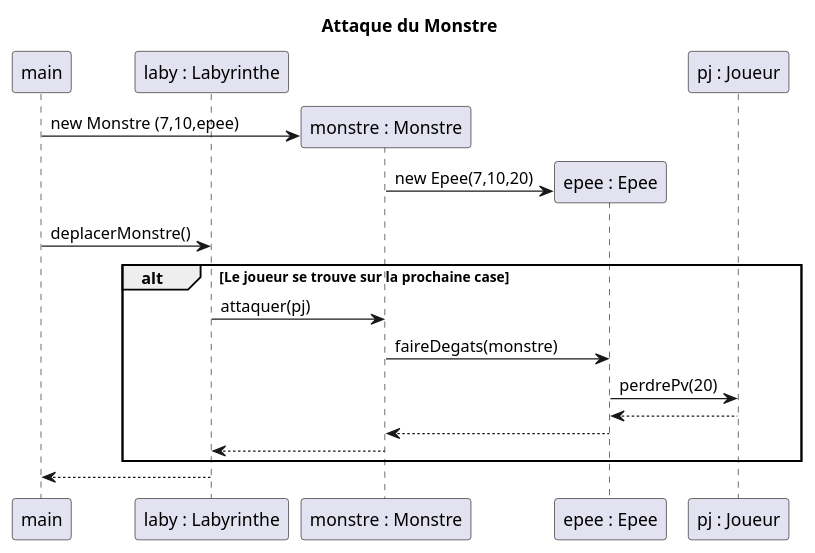
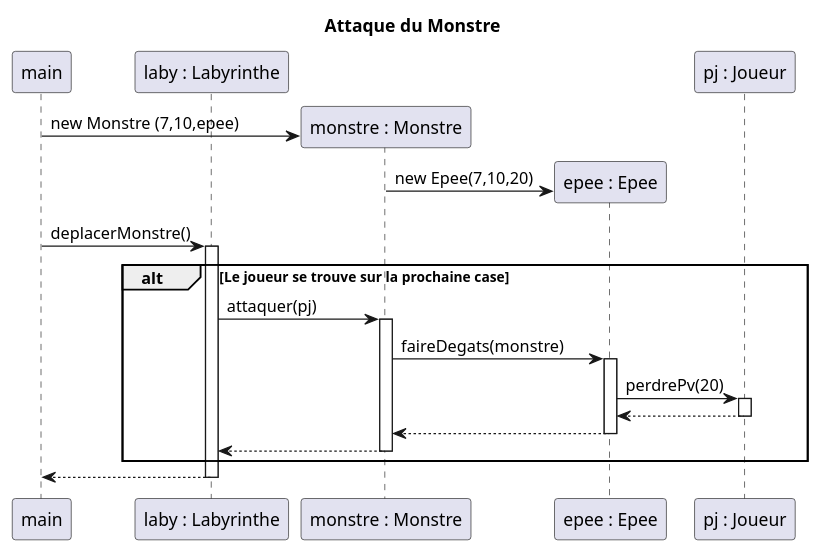
Before and after one commit to TanguyFox/2022_Zeldiablo_renard136u_seiler33u_serrier26u_arcelin1u: the diagram in documents/version_4/diagSequenceAttaqueMonstre.puml, drawn with PlantUML. The commit also changed 1 other file, not shown here.

```diff
--- a/documents/version_4/diagSequenceAttaqueMonstre.puml
+++ b/documents/version_4/diagSequenceAttaqueMonstre.puml
@@ -1,27 +1,35 @@
 @startuml
 'https://plantuml.com/sequence-diagram
 
 title Attaque du Monstre
 
 participant "main" as MAIN
 participant "laby : Labyrinthe" as L
 participant "monstre : Monstre" as M
 participant "epee : Epee" as E
 
 participant "pj : Joueur" as J
 
 create M
 MAIN -> M : new Monstre (7,10,epee)
 create E
  M -> E : new Epee(7,10,20)
 MAIN -> L : deplacerMonstre()
+activate L
 alt Le joueur se trouve sur la prochaine case
     L -> M : attaquer(pj)
+    activate M
          M -> E : faireDegats(monstre)
+         activate E
          E -> J : perdrePv(20)
+         activate J
          J --> E
+         deactivate J
          E --> M
+         deactivate E
          M --> L
+         deactivate M
 end
 L --> MAIN
+deactivate L
 @enduml
```
